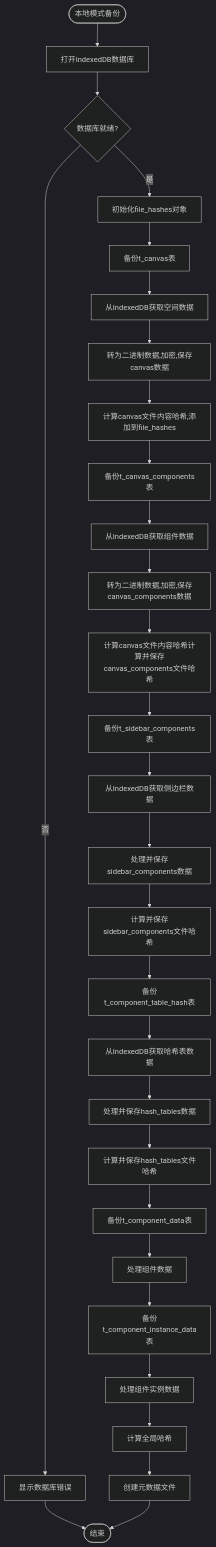
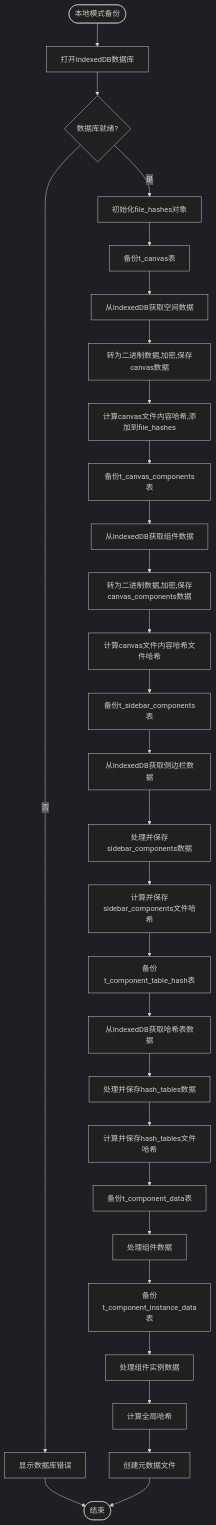
One commit to yingjianzh/iodraw-files changed the diagram in all/未命名-56.md. Above: the diagram before and after it, drawn with Mermaid (dark theme).

Commit message:
2025-05-12 14:14:43 update

````diff
--- a/all/未命名-56.md
+++ b/all/未命名-56.md
@@ -1,44 +1,44 @@
 ```mermaid
 
 flowchart TD
     Start([本地模式备份]) --> OpenDB[打开IndexedDB数据库]
     OpenDB --> DBReady{数据库就绪?}
     
     DBReady -->|否| ShowDBError[显示数据库错误]
     DBReady -->|是| InitHashObject[初始化file_hashes对象]
     
     ShowDBError --> End([结束])
     
     InitHashObject --> BackupCanvas[备份t_canvas表]
     BackupCanvas --> GetCanvasFromDB[从IndexedDB获取空间数据]
     GetCanvasFromDB --> ProcessCanvasFile[转为二进制数据,加密,保存canvas数据]
     ProcessCanvasFile --> AddCanvasHash[计算canvas文件内容哈希,添加到file_hashes]
     
     AddCanvasHash --> BackupCanvasComps[备份t_canvas_components表]
     BackupCanvasComps --> GetCanvasCompsFromDB[从IndexedDB获取组件数据]
     GetCanvasCompsFromDB --> ProcessCanvasCompsFile[转为二进制数据,加密,保存canvas_components数据]
-    ProcessCanvasCompsFile --> AddCanvasCompsHash[计算canvas文件内容哈希计算并保存canvas_components文件哈希]
+    ProcessCanvasCompsFile --> AddCanvasCompsHash[计算canvas文件内容哈希文件哈希]
     
     AddCanvasCompsHash --> BackupSidebarComps[备份t_sidebar_components表]
     BackupSidebarComps --> GetSidebarCompsFromDB[从IndexedDB获取侧边栏数据]
     GetSidebarCompsFromDB --> ProcessSidebarCompsFile[处理并保存sidebar_components数据]
     ProcessSidebarCompsFile --> AddSidebarCompsHash[计算并保存sidebar_components文件哈希]
     
     AddSidebarCompsHash --> BackupHashTables[备份t_component_table_hash表]
     BackupHashTables --> GetHashTablesFromDB[从IndexedDB获取哈希表数据]
     GetHashTablesFromDB --> ProcessHashTablesFile[处理并保存hash_tables数据]
     ProcessHashTablesFile --> AddHashTablesHash[计算并保存hash_tables文件哈希]
     
     AddHashTablesHash --> BackupCompData[备份t_component_data表]
     BackupCompData --> ProcessCompData[处理组件数据]
     
     ProcessCompData --> BackupInstData[备份t_component_instance_data表]
     BackupInstData --> ProcessInstData[处理组件实例数据]
     
     ProcessInstData --> CalculateGlobalHash[计算全局哈希]
     CalculateGlobalHash --> CreateMetadataFile[创建元数据文件]
     
     CreateMetadataFile --> End
 
 
 ```
````
